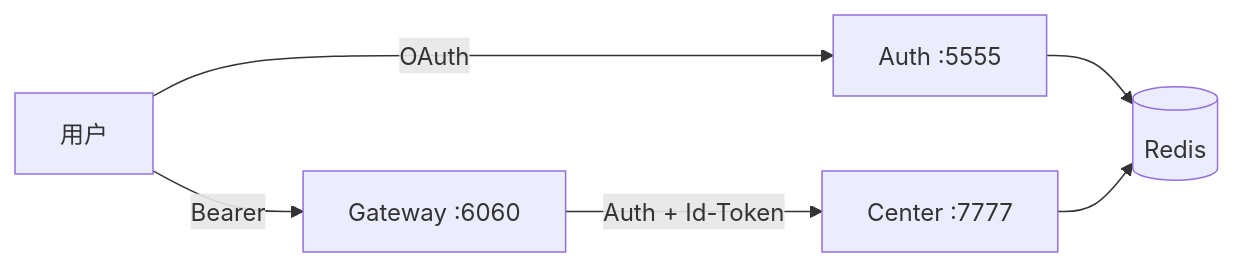
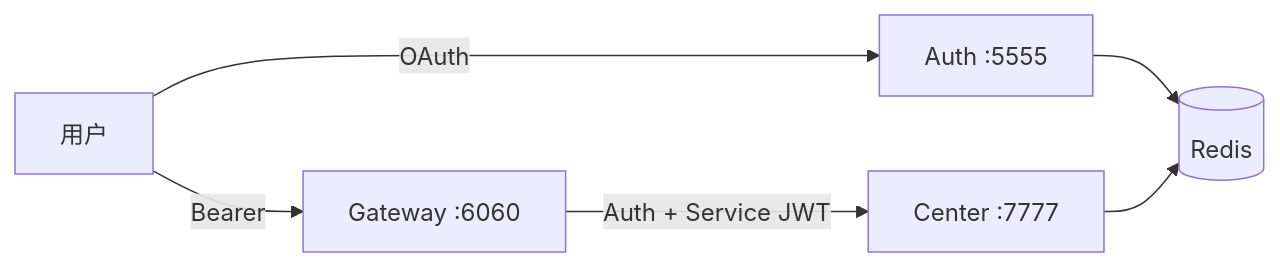
Before and after one commit to numen06/JBM: the diagram in docs/auth-access-system.md, drawn with Mermaid. The commit also changed other lines of this file and 108 other files, not shown here.

````diff
--- a/docs/auth-access-system.md
+++ b/docs/auth-access-system.md
@@ -20,8 +20,8 @@
 ```mermaid
 flowchart LR
     U[用户] -->|OAuth| A[Auth :5555]
     A --> R[(Redis)]
     U -->|Bearer| G[Gateway :6060]
-    G -->|Auth + Id-Token| C[Center :7777]
+    G -->|Auth + Service JWT| C[Center :7777]
     C --> R
 ```
````
